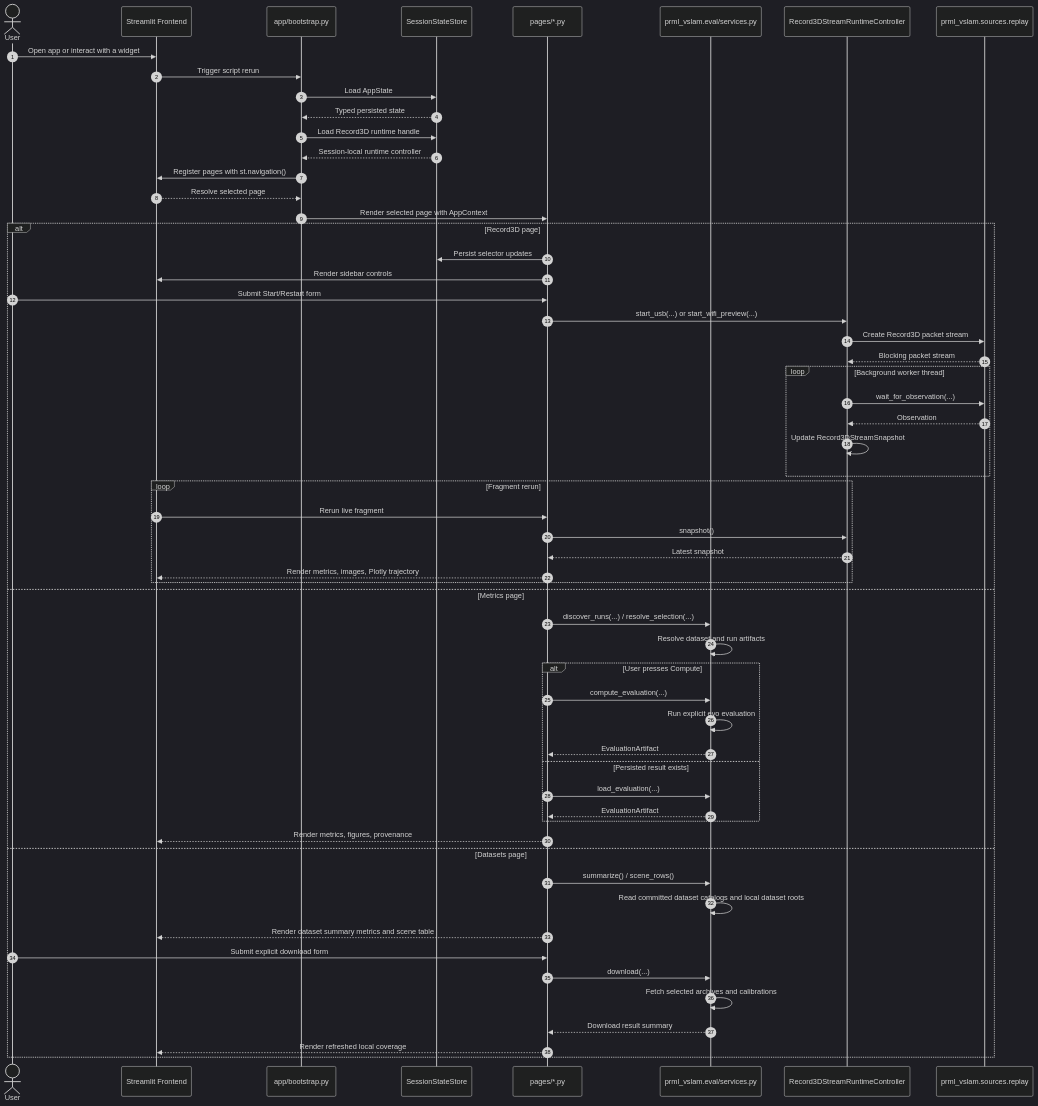
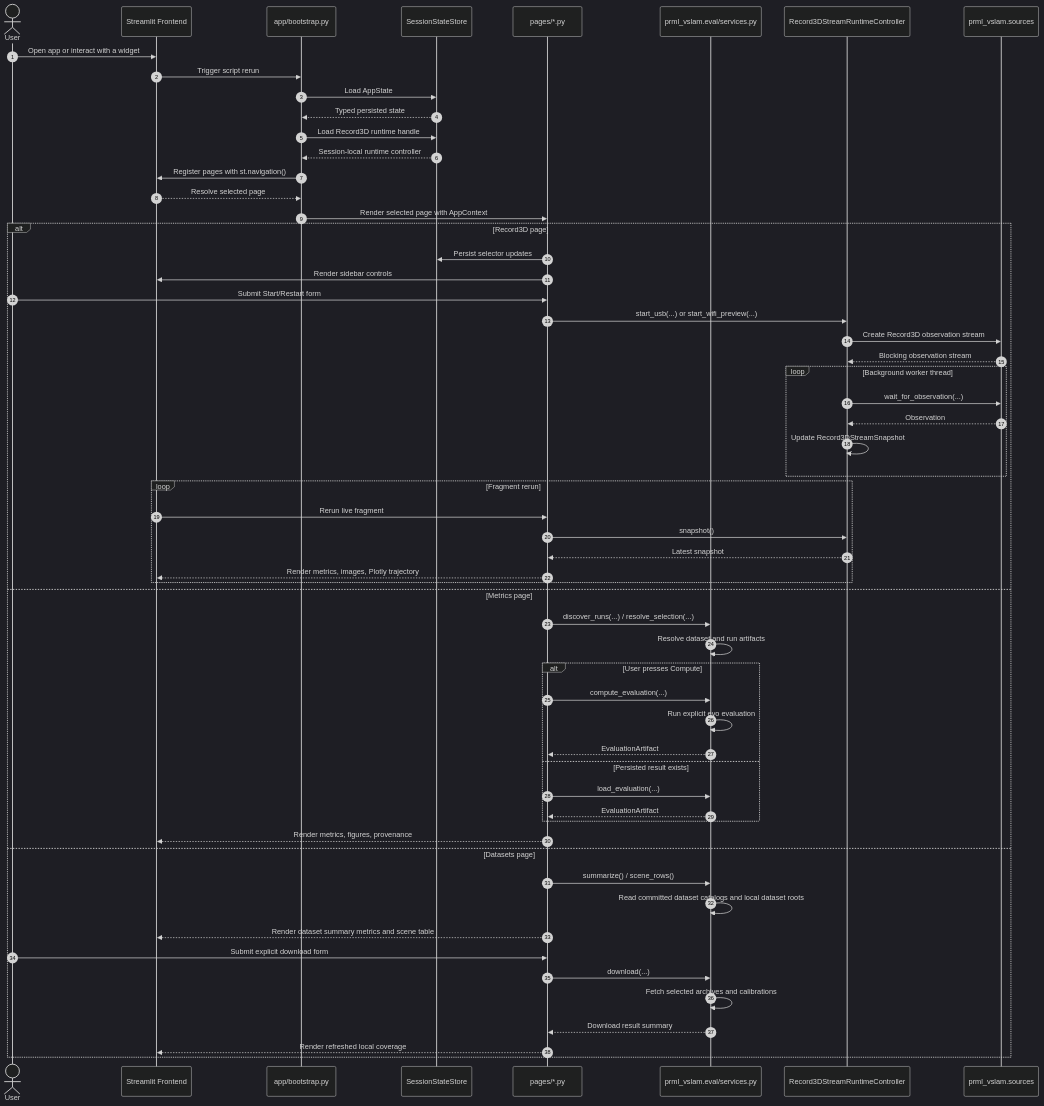
Before and after one commit to JanDuchscherer104/prml-vslam: the diagram in src/prml_vslam/app/README.md, drawn with Mermaid (dark theme). The commit also changed other lines of this file and 19 other files, not shown here.

Commit message:
docs: migrate stage architecture to package readmes

````diff
--- a/src/prml_vslam/app/README.md
+++ b/src/prml_vslam/app/README.md
@@ -43,63 +43,63 @@
 ```{mermaid}
 sequenceDiagram
     autonumber
     actor User
     participant Browser as Streamlit Frontend
     participant Bootstrap as app/bootstrap.py
     participant Store as SessionStateStore
     participant Page as pages/*.py
     participant Service as prml_vslam.eval/services.py
     participant Runtime as Record3DStreamRuntimeController
-    participant IO as prml_vslam.sources.replay
+    participant Source as prml_vslam.sources
 
     User->>Browser: Open app or interact with a widget
     Browser->>Bootstrap: Trigger script rerun
     Bootstrap->>Store: Load AppState
     Store-->>Bootstrap: Typed persisted state
     Bootstrap->>Store: Load Record3D runtime handle
     Store-->>Bootstrap: Session-local runtime controller
     Bootstrap->>Browser: Register pages with st.navigation()
     Browser-->>Bootstrap: Resolve selected page
     Bootstrap->>Page: Render selected page with AppContext
 
     alt Record3D page
         Page->>Store: Persist selector updates
         Page->>Browser: Render sidebar controls
         User->>Page: Submit Start/Restart form
         Page->>Runtime: start_usb(...) or start_wifi_preview(...)
-        Runtime->>IO: Create Record3D packet stream
-        IO-->>Runtime: Blocking packet stream
+        Runtime->>Source: Create Record3D observation stream
+        Source-->>Runtime: Blocking observation stream
         loop Background worker thread
-            Runtime->>IO: wait_for_observation(...)
-            IO-->>Runtime: Observation
+            Runtime->>Source: wait_for_observation(...)
+            Source-->>Runtime: Observation
             Runtime->>Runtime: Update Record3DStreamSnapshot
         end
         loop Fragment rerun
             Browser->>Page: Rerun live fragment
             Page->>Runtime: snapshot()
             Runtime-->>Page: Latest snapshot
             Page-->>Browser: Render metrics, images, Plotly trajectory
         end
     else Metrics page
         Page->>Service: discover_runs(...) / resolve_selection(...)
         Service->>Service: Resolve dataset and run artifacts
         alt User presses Compute
             Page->>Service: compute_evaluation(...)
             Service->>Service: Run explicit evo evaluation
             Service-->>Page: EvaluationArtifact
         else Persisted result exists
             Page->>Service: load_evaluation(...)
             Service-->>Page: EvaluationArtifact
         end
         Page-->>Browser: Render metrics, figures, provenance
     else Datasets page
         Page->>Service: summarize() / scene_rows()
         Service->>Service: Read committed dataset catalogs and local dataset roots
         Page-->>Browser: Render dataset summary metrics and scene table
         User->>Page: Submit explicit download form
         Page->>Service: download(...)
         Service->>Service: Fetch selected archives and calibrations
         Service-->>Page: Download result summary
         Page-->>Browser: Render refreshed local coverage
     end
 ```
````
